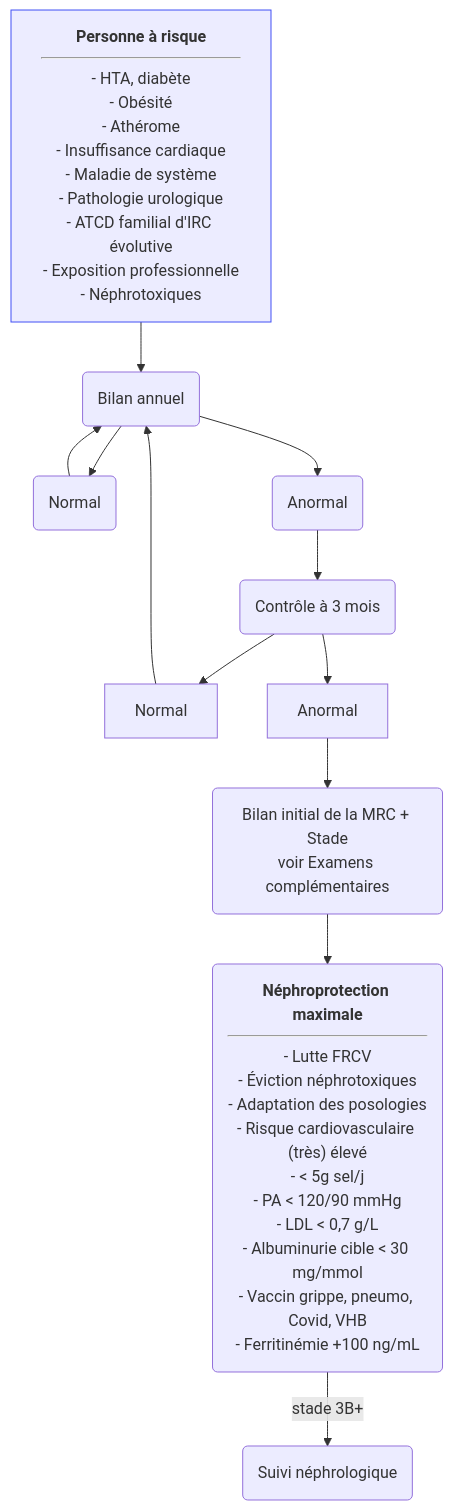
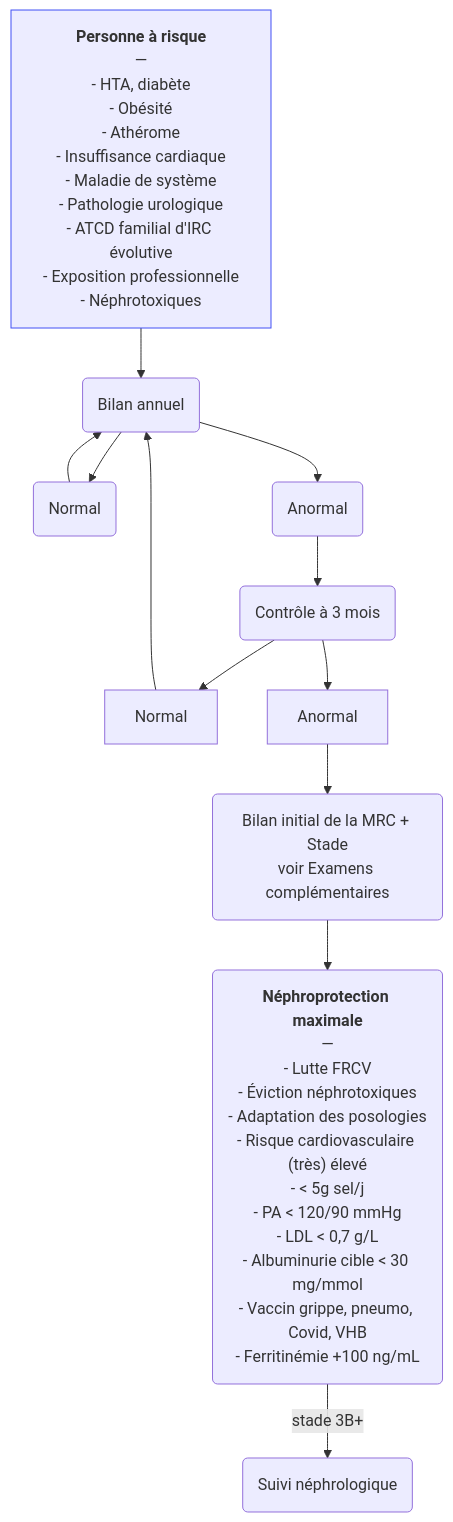
One commit to djibe/recommandations-medicales changed the diagram in content/recommandations/insuffisance-renale-chronique.md. Above: the diagram before and after it, drawn with Mermaid. The commit also changed 51 other files, not shown here.

```diff
--- a/content/recommandations/insuffisance-renale-chronique.md
+++ b/content/recommandations/insuffisance-renale-chronique.md
@@ -458,15 +458,15 @@
 {{< mermaid title="Conduite à tenir pour le dépistage et la prise en charge de la maladie rénale chronique. Dr JB Fron d'après HAS 2021 et KDIGO" >}}
 graph TB
-fdr["<b>Personne à risque</b><hr>- HTA, diabète<br>- Obésité<br>- Athérome<br>- Insuffisance cardiaque<br>- Maladie de système<br>- Pathologie urologique<br>- ATCD familial d'IRC évolutive<br>- Exposition professionnelle<br>- Néphrotoxiques"] --> 2(Bilan annuel)
+fdr["<b>Personne à risque</b><br>—<br>- HTA, diabète<br>- Obésité<br>- Athérome<br>- Insuffisance cardiaque<br>- Maladie de système<br>- Pathologie urologique<br>- ATCD familial d'IRC évolutive<br>- Exposition professionnelle<br>- Néphrotoxiques"] --> 2(Bilan annuel)
 style fdr stroke:#4150f5, stroke-width:1px
   2 --> 3N(Normal)
     3N --> 2
   2 --> 3A(Anormal)
   3A --> 4(Contrôle à 3 mois)
   4 --> Normal
     Normal --> 2
   4 --> Anormal
   Anormal --> bilan("Bilan initial de la MRC + Stade<br>voir Examens complémentaires")
-  bilan --> nephroprotection("<strong>Néphroprotection maximale</strong><hr>- Lutte FRCV<br>- Éviction néphrotoxiques<br>- Adaptation des posologies<br>- Risque cardiovasculaire (très) élevé<br>- &lt; 5g sel/j<br>- PA &lt; 120/90 mmHg<br>- LDL &lt; 0,7 g/L<br>- Albuminurie cible &lt; 30 mg/mmol<br>- Vaccin grippe, pneumo, Covid, VHB<br>- Ferritinémie +100 ng/mL")
+  bilan --> nephroprotection("<strong>Néphroprotection maximale</strong><br>—<br>- Lutte FRCV<br>- Éviction néphrotoxiques<br>- Adaptation des posologies<br>- Risque cardiovasculaire (très) élevé<br>- &lt; 5g sel/j<br>- PA &lt; 120/90 mmHg<br>- LDL &lt; 0,7 g/L<br>- Albuminurie cible &lt; 30 mg/mmol<br>- Vaccin grippe, pneumo, Covid, VHB<br>- Ferritinémie +100 ng/mL")
   nephroprotection -- stade 3B+ --> avis(Suivi néphrologique)
 {{< /mermaid >}}
```
